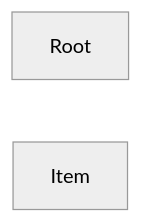
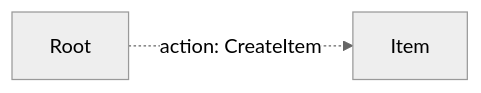
One commit to RESTyard/RESTyard changed the diagram in Source/RESTyard.Schema.Test/MarkdownMapperTests.ToDocumentation_ActionWithResult.verified.md. Above: the diagram before and after it, drawn with Mermaid (neutral theme). The commit also changed 7 other files, not shown here.

Commit message:
Add action result edges to Mermaid diagrams Step 2.15.1: Visualize action results in API map and class diagram. - API map: dashed edges with "action:" prefix for actions with ResultName - Class diagram: actions show return type (e.g., CreateQuery(params) CustomerQueryResult)

````diff
--- a/Source/RESTyard.Schema.Test/MarkdownMapperTests.ToDocumentation_ActionWithResult.verified.md
+++ b/Source/RESTyard.Schema.Test/MarkdownMapperTests.ToDocumentation_ActionWithResult.verified.md
@@ -12,5 +12,7 @@
 ```mermaid
 graph LR
     Root["Root"]
     Item["Item"]
+
+    Root -. "action: CreateItem" .-> Item
 ```
````
